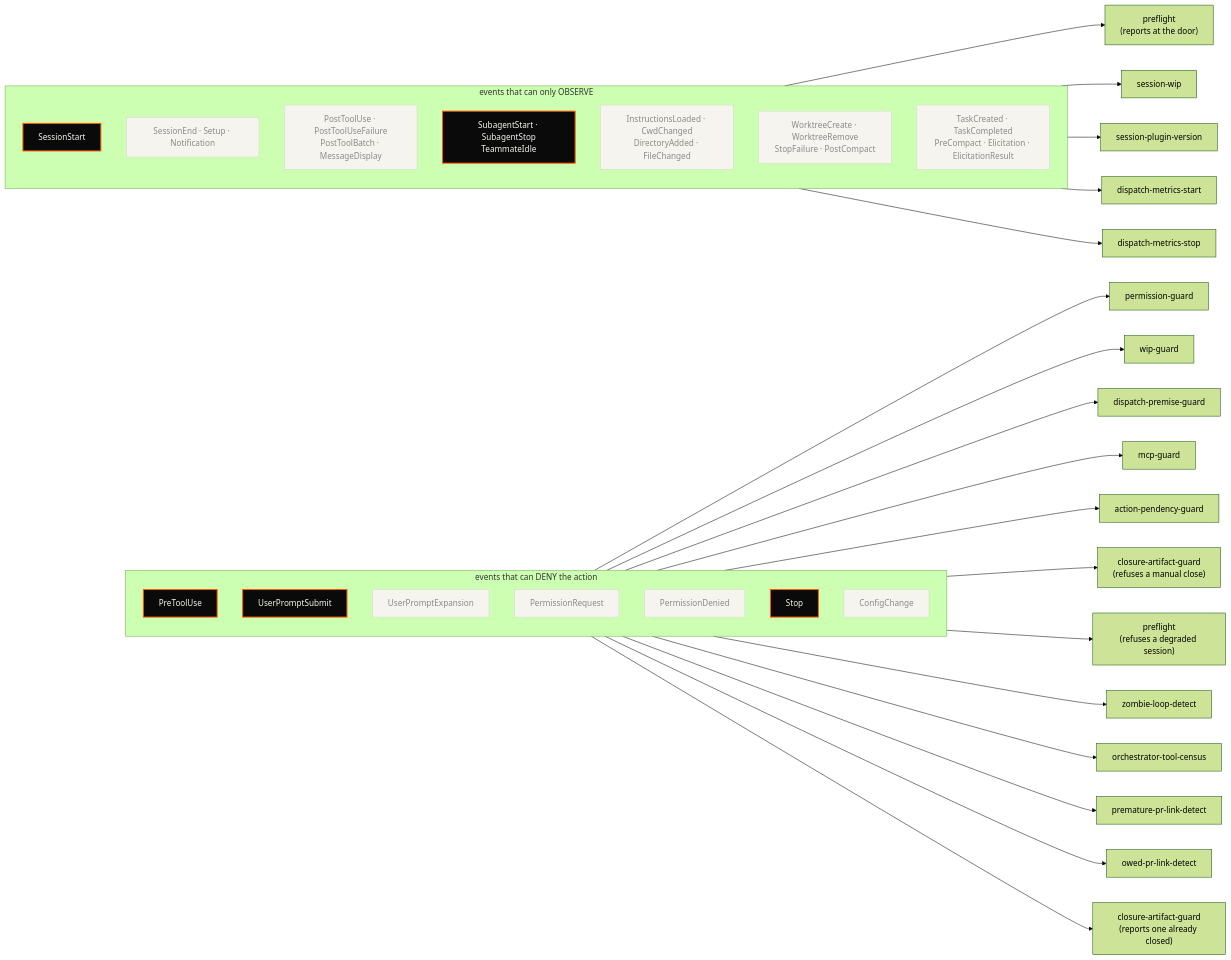
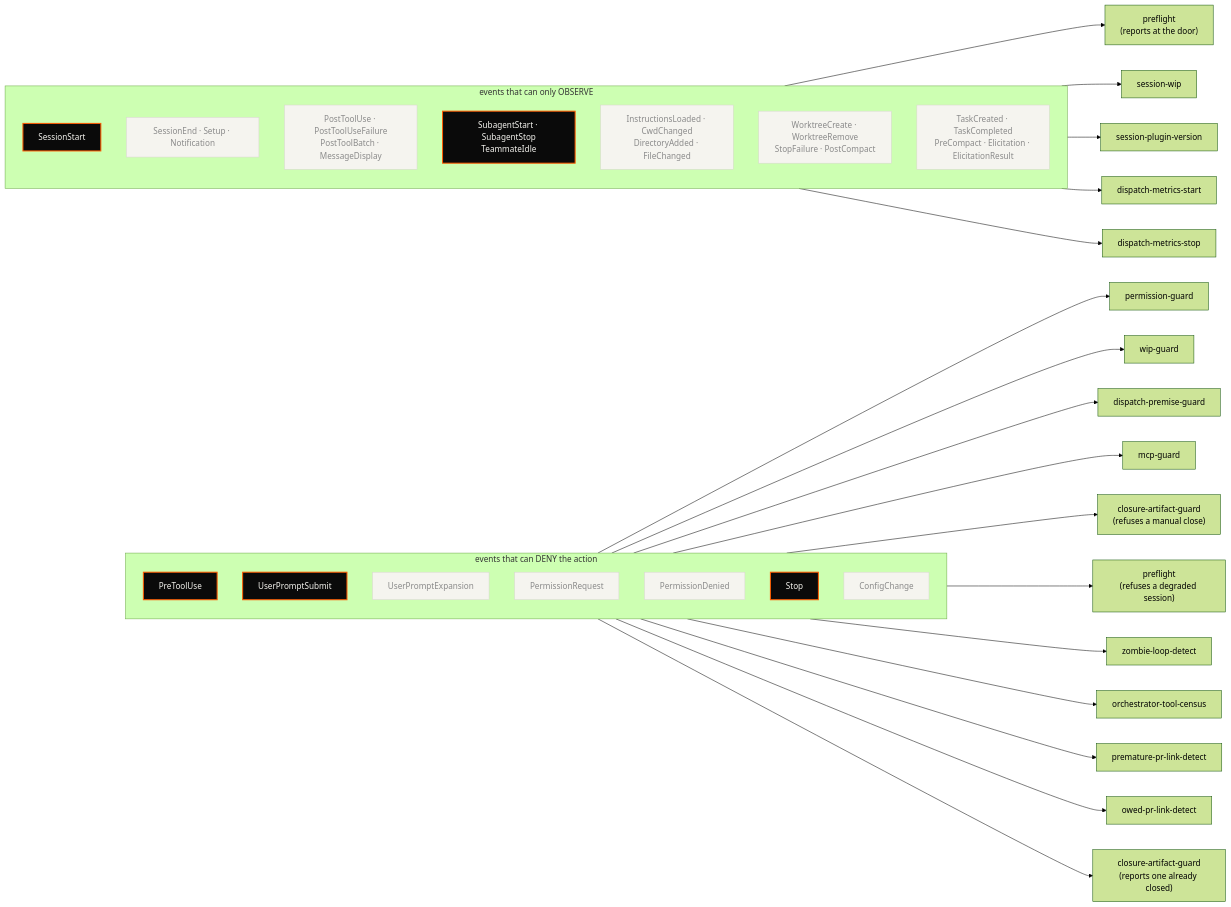
One commit to tedeuxx/tadeumendonca-skills changed the fourth of 5 diagrams in README.md. Above: the diagram before and after it, drawn with Mermaid (forest theme). The commit also changed other lines of this file and 8 other files, not shown here.

````diff
--- a/README.md
+++ b/README.md
@@ -1333,65 +1333,63 @@
 ```mermaid
 flowchart LR
   classDef used fill:#0A0A0A,color:#F5F4EF,stroke:#FF5A00,stroke-width:2px
   classDef idle fill:#F5F4EF,color:#8A8A8A,stroke:#D8D6CE
 
   subgraph BLOCK["events that can DENY the action"]
     direction TB
     E1["PreToolUse"]
     E2["UserPromptSubmit"]
     E3["UserPromptExpansion"]:::idle
     E4["PermissionRequest"]:::idle
     E5["PermissionDenied"]:::idle
     E6["Stop"]
     E7["ConfigChange"]:::idle
   end
 
   subgraph OBS["events that can only OBSERVE"]
     direction TB
     O1["SessionStart"]
     O2["SessionEnd · Setup · Notification"]:::idle
     O3["PostToolUse · PostToolUseFailure<br/>PostToolBatch · MessageDisplay"]:::idle
     O4["SubagentStart · SubagentStop<br/>TeammateIdle"]:::idle
     O5["InstructionsLoaded · CwdChanged<br/>DirectoryAdded · FileChanged"]:::idle
     O6["WorktreeCreate · WorktreeRemove<br/>StopFailure · PostCompact"]:::idle
     O7["TaskCreated · TaskCompleted<br/>PreCompact · Elicitation · ElicitationResult"]:::idle
   end
 
   H1["permission-guard"]
   H2["wip-guard"]
   H3["session-wip"]
   H4["session-plugin-version"]
   H5["dispatch-metrics-start"]
   H6["dispatch-metrics-stop"]
   H7["zombie-loop-detect"]
   H9["orchestrator-tool-census"]
   H10["premature-pr-link-detect"]
   H17["owed-pr-link-detect"]
   H11["dispatch-premise-guard"]
   H12["closure-artifact-guard<br/>(refuses a manual close)"]
   H13["closure-artifact-guard<br/>(reports one already closed)"]
   H14["preflight<br/>(refuses a degraded session)"]
   H15["preflight<br/>(reports at the door)"]
   H16["mcp-guard"]
-  H18["action-pendency-guard"]
 
   E1 --> H1
   E1 --> H2
   E1 --> H11
   E1 --> H16
-  E1 --> H18
   E1 --> H12
   E2 --> H14
   O1 --> H15
   O1 --> H3
   O1 --> H4
   O4 --> H5
   O4 --> H6
   E6 --> H7
   E6 --> H9
   E6 --> H10
   E6 --> H17
   E6 --> H13
 
   class E1,E2,O1,O4,E6 used
 ```
````
